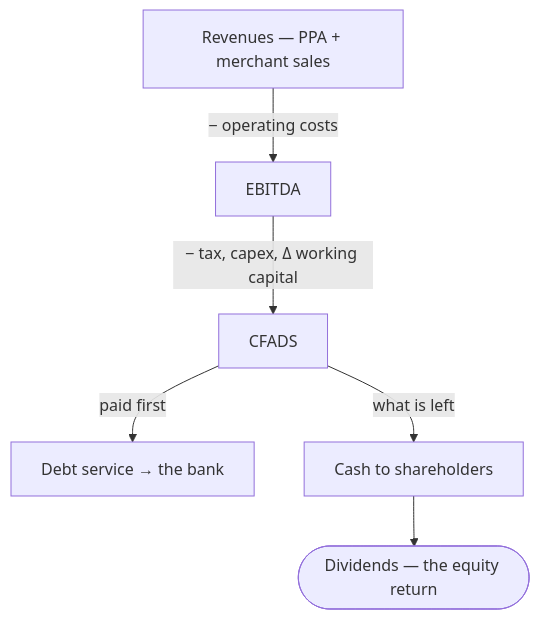
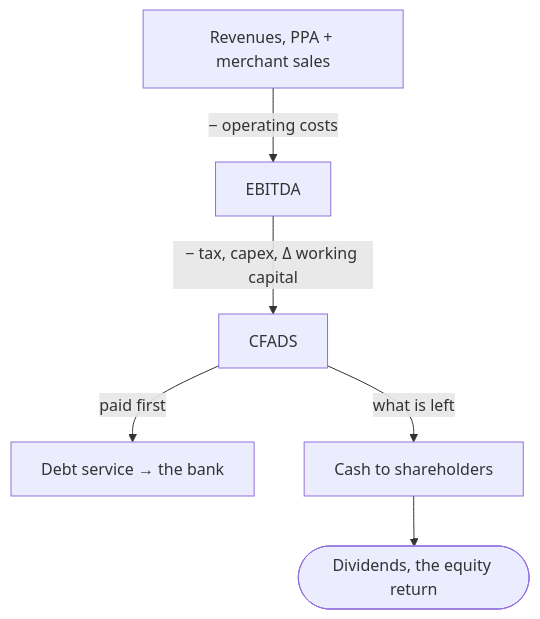
Before and after one commit to zeemarquez/blog: the diagram in src/content/blog/solar-project-finance-model.md, drawn with Mermaid. The commit also changed other lines of this file and 11 other files, not shown here.

First line of the commit message:
Part 3: refine charts, add IRR percentile table, drop em-dashes & code

```diff
--- a/src/content/blog/solar-project-finance-model.md
+++ b/src/content/blog/solar-project-finance-model.md
@@ -68,8 +68,8 @@
 <pre class="mermaid">
 flowchart TD
-  R["Revenues — PPA + merchant sales"] -->|"− operating costs"| E["EBITDA"]
+  R["Revenues, PPA + merchant sales"] -->|"− operating costs"| E["EBITDA"]
   E -->|"− tax, capex, Δ working capital"| C["CFADS"]
   C -->|"paid first"| D["Debt service → the bank"]
   C -->|"what is left"| S["Cash to shareholders"]
-  S --> DIV(["Dividends — the equity return"])
+  S --> DIV(["Dividends, the equity return"])
 </pre>
```
